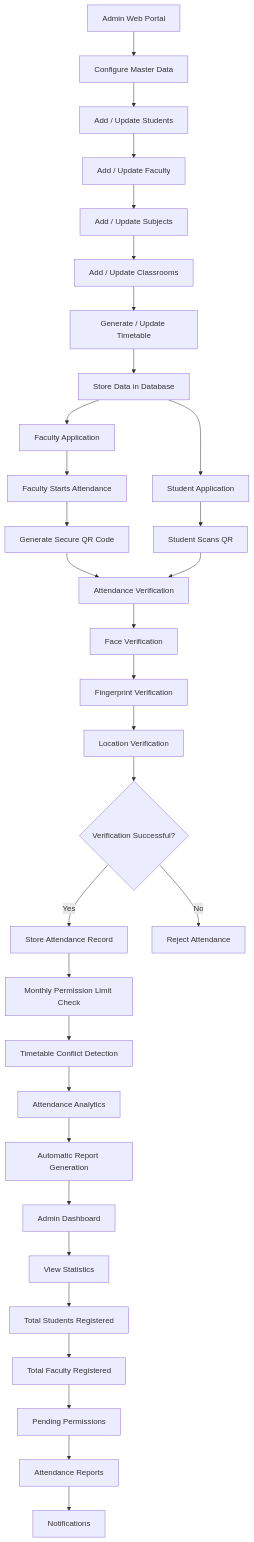
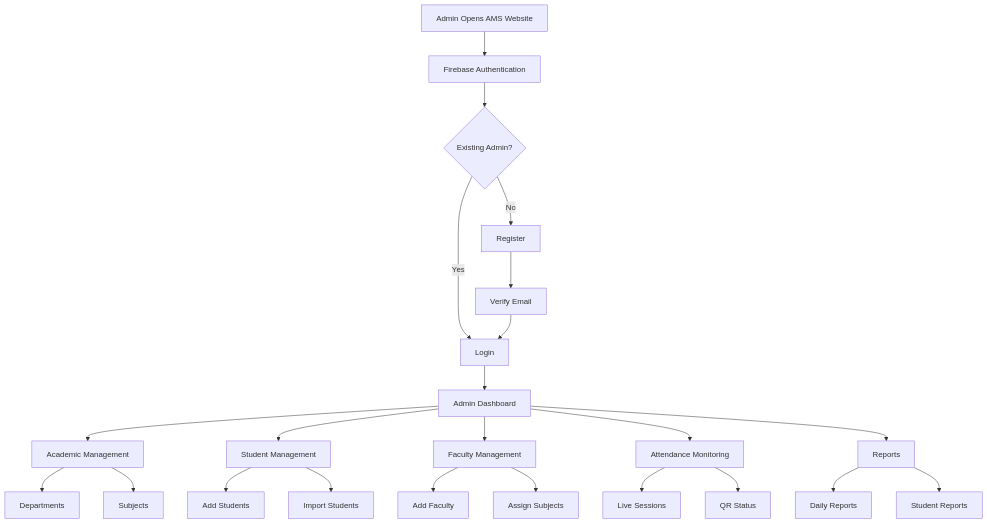
Before and after one commit to DivyasriVangara/myNRI: the second of 2 diagrams in documentation/AdministrationPerspective.md, drawn with Mermaid. The commit also changed other lines of this file, not shown here.

Commit message:
Updated Administration Perspective

````diff
--- a/documentation/AdministrationPerspective.md
+++ b/documentation/AdministrationPerspective.md
@@ -160,47 +236,48 @@
 ```mermaid
-flowchart TD
+flowchart TB
 
-A[Admin Web Portal] --> B[Configure Master Data]
+A[Admin Opens AMS Website]
+A --> B[Firebase Authentication]
+B --> C{Existing Admin?}
 
-B --> C[Add / Update Students]
-C --> D[Add / Update Faculty]
-D --> E[Add / Update Subjects]
-E --> F[Add / Update Classrooms]
-F --> G[Generate / Update Timetable]
+C -->|Yes| D[Login]
+C -->|No| E[Register]
 
-G --> H[Store Data in Database]
+E --> F[Verify Email]
+F --> D
 
-H --> I[Faculty Application]
-H --> J[Student Application]
+D --> G[Admin Dashboard]
 
-I --> K[Faculty Starts Attendance]
-K --> L[Generate Secure QR Code]
+%% Main Modules
 
-J --> M[Student Scans QR]
+G --> H[Academic Management]
+G --> I[Student Management]
+G --> J[Faculty Management]
+G --> K[Attendance Monitoring]
+G --> L[Reports]
 
-L --> N[Attendance Verification]
-M --> N
+%% Academic
 
-N --> O[Face Verification]
-O --> P[Fingerprint Verification]
-P --> Q[Location Verification]
+H --> H1[Departments]
+H --> H2[Subjects]
 
-Q --> R{Verification Successful?}
+%% Student
 
-R -->|Yes| S[Store Attendance Record]
-R -->|No| T[Reject Attendance]
+I --> I1[Add Students]
+I --> I2[Import Students]
 
-S --> U[Monthly Permission Limit Check]
-U --> V[Timetable Conflict Detection]
-V --> W[Attendance Analytics]
-W --> X[Automatic Report Generation]
+%% Faculty
 
-X --> Y[Admin Dashboard]
+J --> J1[Add Faculty]
+J --> J2[Assign Subjects]
 
-Y --> Z[View Statistics]
-Z --> Z1[Total Students Registered]
-Z1 --> Z2[Total Faculty Registered]
-Z2 --> Z3[Pending Permissions]
-Z3 --> Z4[Attendance Reports]
-Z4 --> Z5[Notifications]
+%% Attendance
+
+K --> K1[Live Sessions]
+K --> K2[QR Status]
+
+%% Reports
+
+L --> L1[Daily Reports]
+L --> L2[Student Reports]
 ```
````
